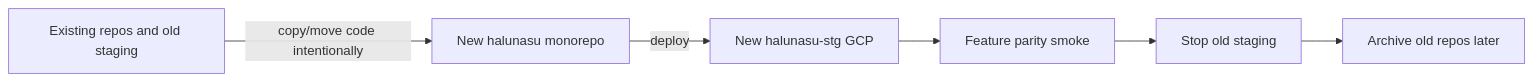
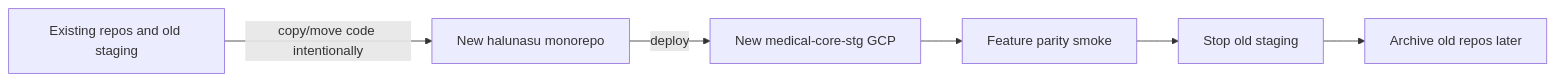
One commit to k-hirade/halunasu changed the diagram in docs/architecture/004-migration-execution-plan.md. Above: the diagram before and after it, drawn with Mermaid. The commit also changed other lines of this file and 33 other files, not shown here.

Commit message:
Add monorepo skeleton and core GCP names

````diff
--- a/docs/architecture/004-migration-execution-plan.md
+++ b/docs/architecture/004-migration-execution-plan.md
@@ -59,15 +59,15 @@
 ```mermaid
 flowchart LR
   S1["Existing repos and old staging"]
   S2["New halunasu monorepo"]
-  S3["New halunasu-stg GCP"]
+  S3["New medical-core-stg GCP"]
   S4["Feature parity smoke"]
   S5["Stop old staging"]
   S6["Archive old repos later"]
 
   S1 -->|"copy/move code intentionally"| S2
   S2 -->|"deploy"| S3
   S3 --> S4
   S4 --> S5
   S5 --> S6
 ```
````
